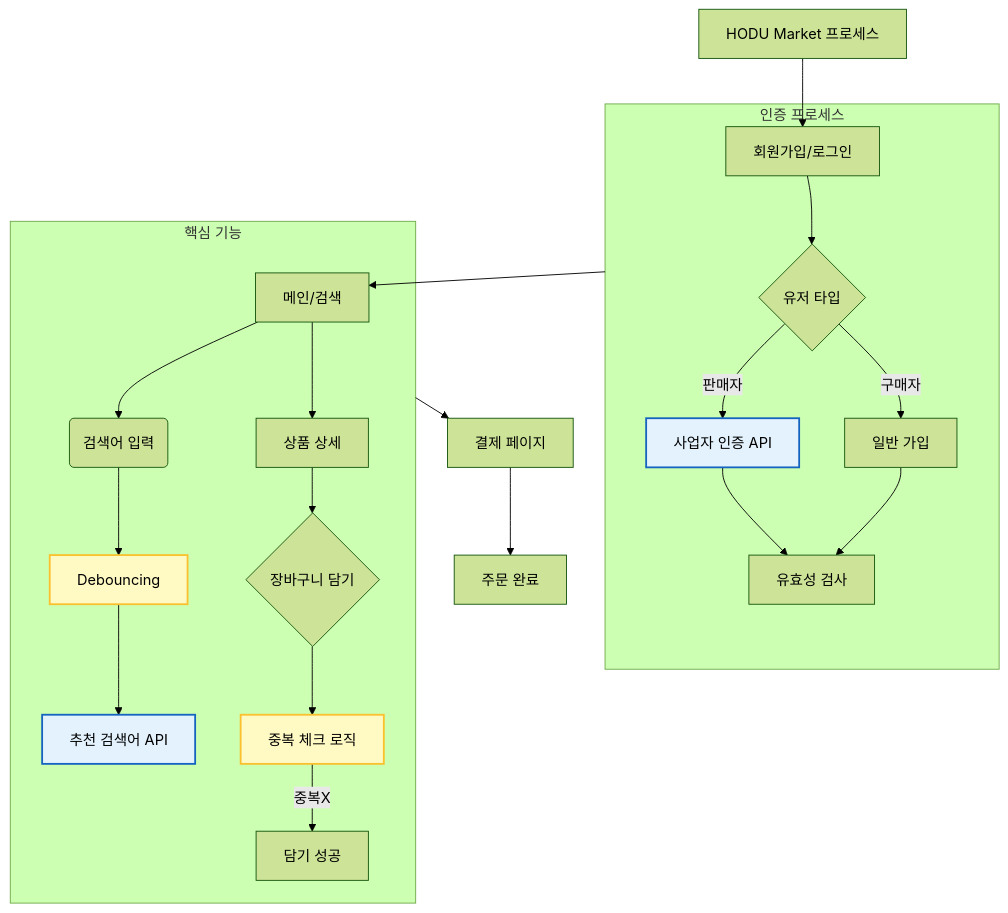
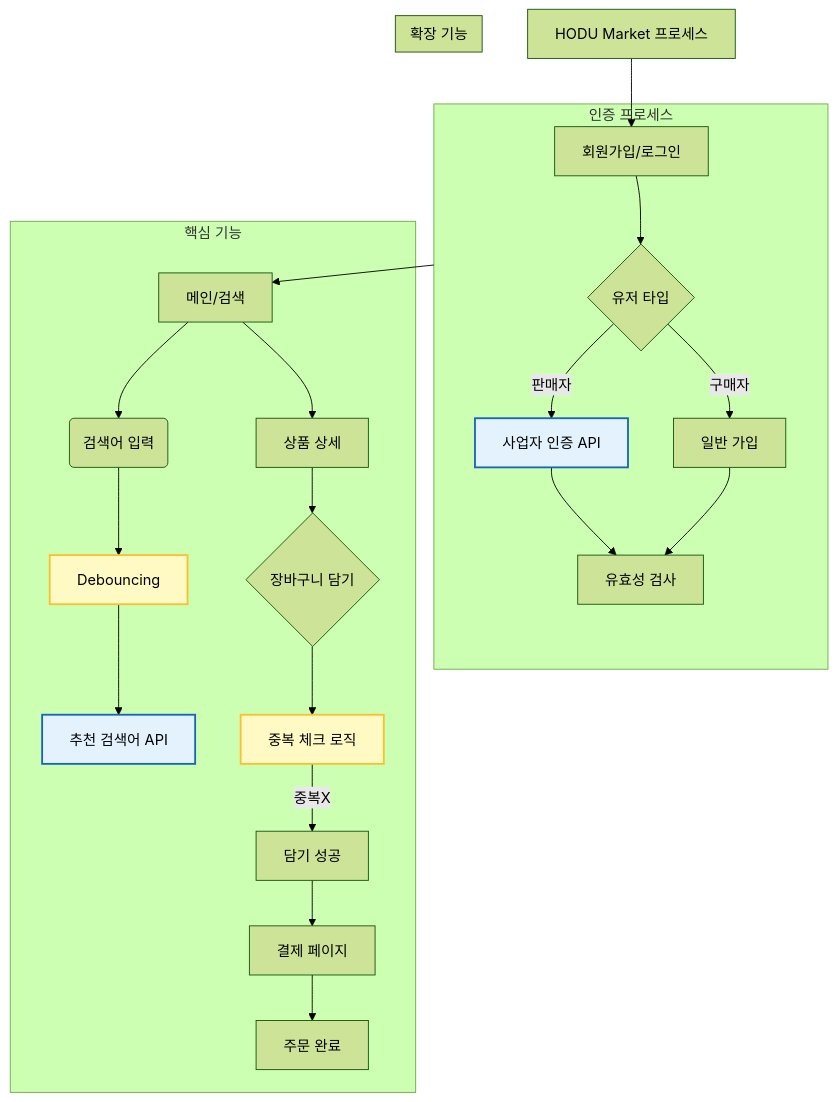
The first of 2 diagrams in README.md (DongmyeongBack/openMarket), drawn with Mermaid (forest theme) before and after one commit.

Commit message:
flowchart 배경 오류 수정

````diff
--- a/README.md
+++ b/README.md
@@ -8,31 +8,35 @@
 ```mermaid
     flowchart TD
         %% 스타일 정의
         classDef api fill:#e3f2fd,stroke:#1565c0,stroke-width:2px,color:black;
         classDef logic fill:#fff9c4,stroke:#fbc02d,stroke-width:2px,color:black;
 
         Root[HODU Market 프로세스] --> Auth[회원가입/로그인]
         
         subgraph Auth_Logic [인증 프로세스]
             Auth --> A1{유저 타입}
             A1 -- 판매자 --> A2[사업자 인증 API]:::api
             A1 -- 구매자 --> A3[일반 가입]
             A2 & A3 --> A4[유효성 검사]
         end
 
         Auth_Logic --> Main[메인/검색]
         
         subgraph Core_Features [핵심 기능]
             Main --> S1(검색어 입력)
             S1 --> S2[Debouncing]:::logic
             S2 --> S3[추천 검색어 API]:::api
             
             Main --> P1[상품 상세]
             P1 --> P2{장바구니 담기}
             P2 --> P3[중복 체크 로직]:::logic
             P3 -- 중복X --> P4[담기 성공]
+
+            P4 --> Pay[결제 페이지]
+            Pay --> Final[주문 완료]
         end
 
-        Core_Features --> Pay[결제 페이지]
-        Pay --> Final[주문 완료]
+        subgraph Extension_Features [확장 기능]
+            
+        end
 ```
````
